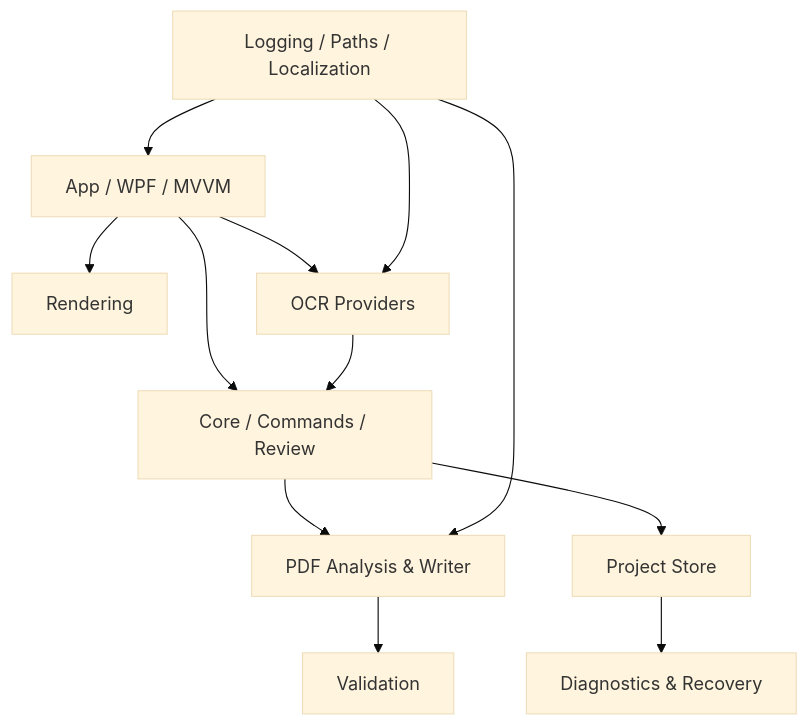
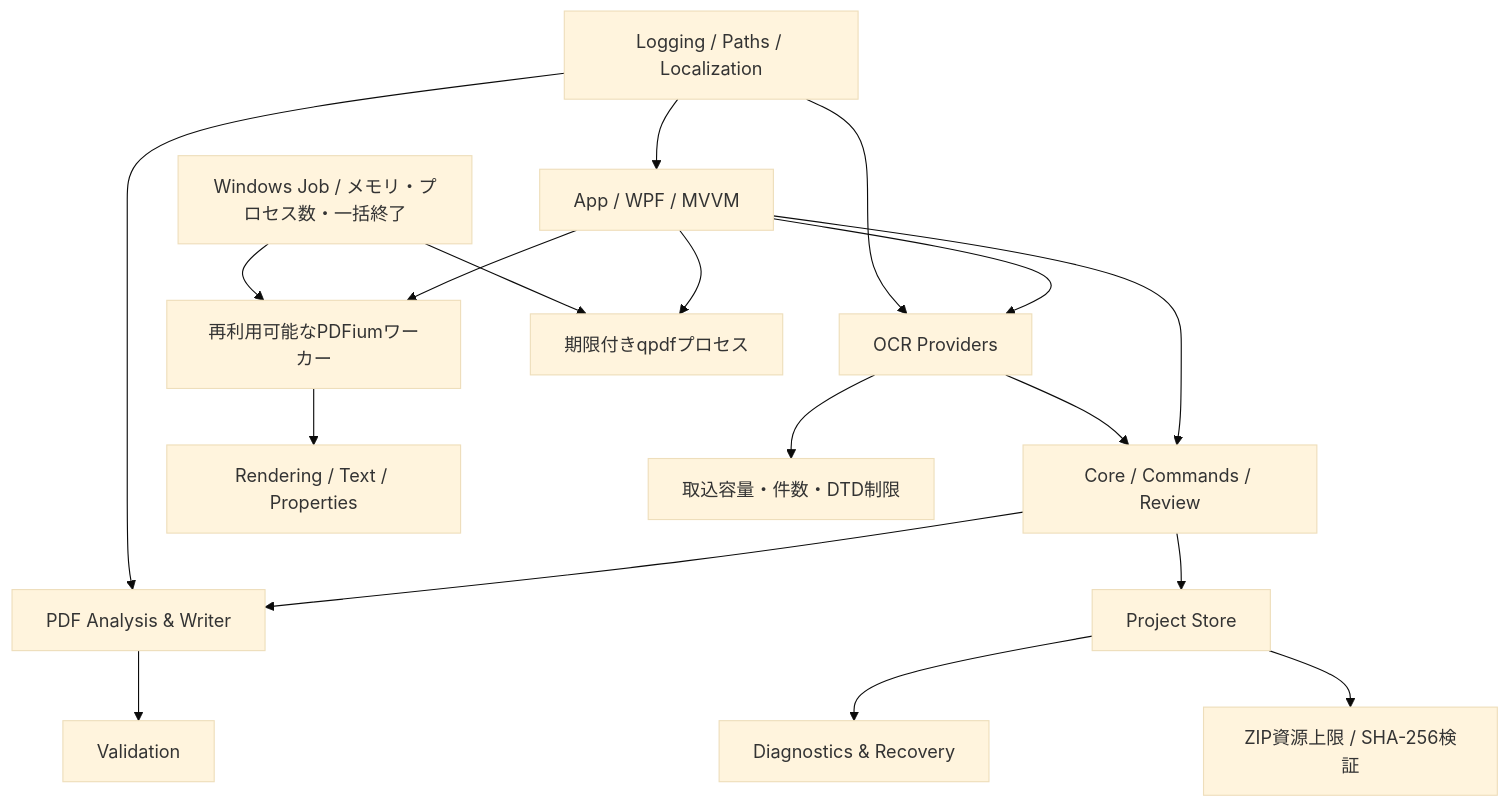
Before and after one commit to Katsu2013/PDF-Correctorium: the diagram in outputs/PdfCorrectorium-Documentation/docs/04_Architecture/04-01_Architecture.md, drawn with Mermaid (base theme). The commit also changed other lines of this file and 65 other files, not shown here.

````diff
--- a/outputs/PdfCorrectorium-Documentation/docs/04_Architecture/04-01_Architecture.md
+++ b/outputs/PdfCorrectorium-Documentation/docs/04_Architecture/04-01_Architecture.md
@@ -5,14 +5,20 @@
 ```mermaid
 flowchart TB
   App["App / WPF / MVVM"] --> Core["Core / Commands / Review"]
-  App --> Render["Rendering"]
+  App --> Worker["再利用可能なPDFiumワーカー"]
+  Job["Windows Job / メモリ・プロセス数・一括終了"] --> Worker
+  Worker --> Render["Rendering / Text / Properties"]
   App --> Ocr["OCR Providers"]
+  App --> Qpdf["期限付きqpdfプロセス"]
+  Job --> Qpdf
   Core --> Pdf["PDF Analysis & Writer"]
   Core --> Project["Project Store"]
   Pdf --> Verify["Validation"]
   Ocr --> Core
   Project --> Diag["Diagnostics & Recovery"]
   Infra["Logging / Paths / Localization"] --> App
   Infra --> Pdf
   Infra --> Ocr
+  Project --> Limits["ZIP資源上限 / SHA-256検証"]
+  Ocr --> ImportLimits["取込容量・件数・DTD制限"]
 ```
````
